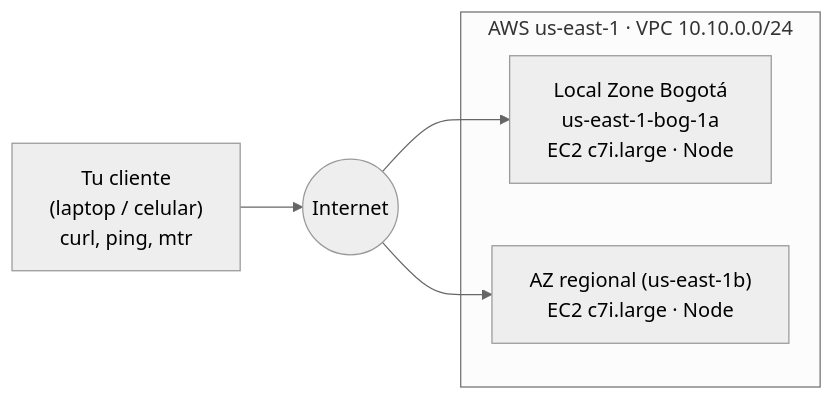
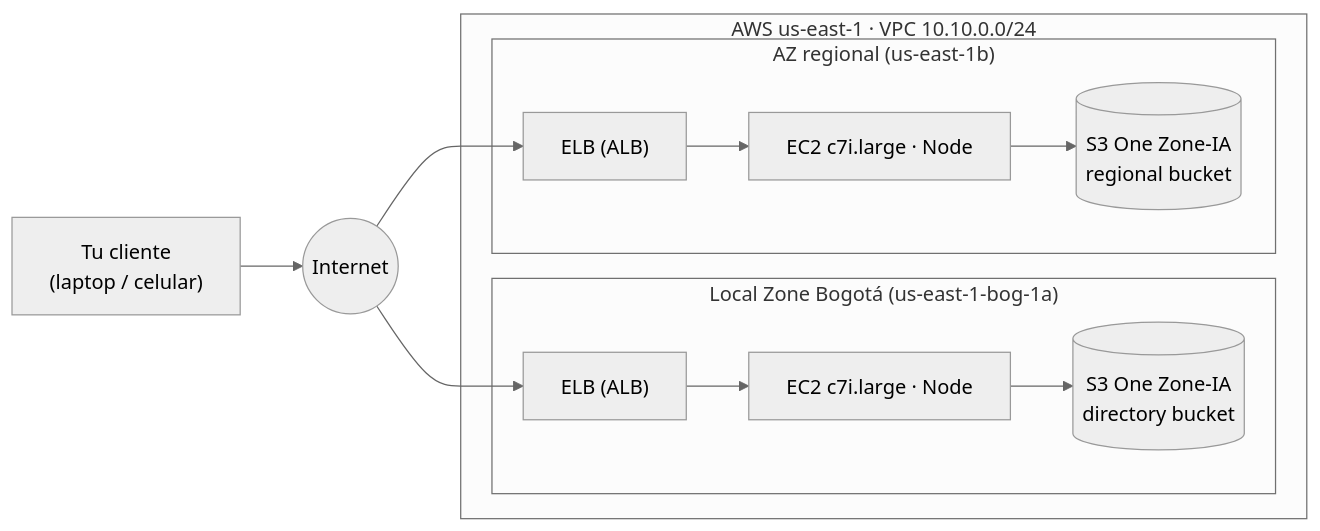
Before and after one commit to VillaviH/aws-localzone-bogota-latency: the diagram in README.es.md, drawn with Mermaid (neutral theme). The commit also changed other lines of this file and 17 other files, not shown here.

Commit message:
Replace CloudFront with ELB + S3 app test; add Bogotá-to-regional-bucket test; dashboard URL params

````diff
--- a/README.es.md
+++ b/README.es.md
@@ -15,10 +17,14 @@
 ```mermaid
 flowchart LR
-  C["Tu cliente<br/>(laptop / celular)<br/>curl, ping, mtr"] --> I((Internet))
-  I --> B
-  I --> V
+  C["Tu cliente<br/>(laptop / celular)"] --> I((Internet))
+  I --> LB1
+  I --> LB2
   subgraph R["AWS us-east-1 · VPC 10.10.0.0/24"]
-    B["Local Zone Bogotá<br/>us-east-1-bog-1a<br/>EC2 c7i.large · Node"]
-    V["AZ regional (us-east-1b)<br/>EC2 c7i.large · Node"]
+    subgraph LZ["Local Zone Bogotá (us-east-1-bog-1a)"]
+      LB1["ELB (ALB)"] --> E1["EC2 c7i.large · Node"] --> S1[("S3 One Zone-IA<br/>directory bucket")]
+    end
+    subgraph VA["AZ regional (us-east-1b)"]
+      LB2["ELB (ALB)"] --> E2["EC2 c7i.large · Node"] --> S2[("S3 One Zone-IA<br/>regional bucket")]
+    end
   end
 ```
````
